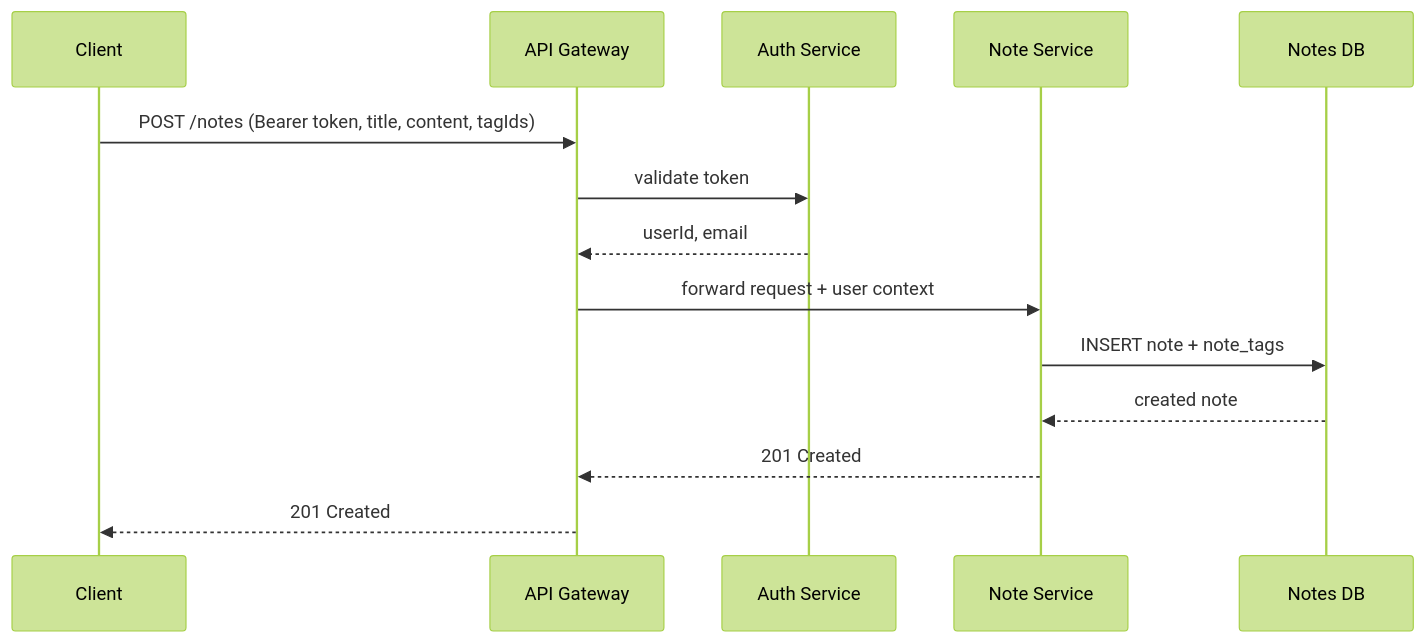
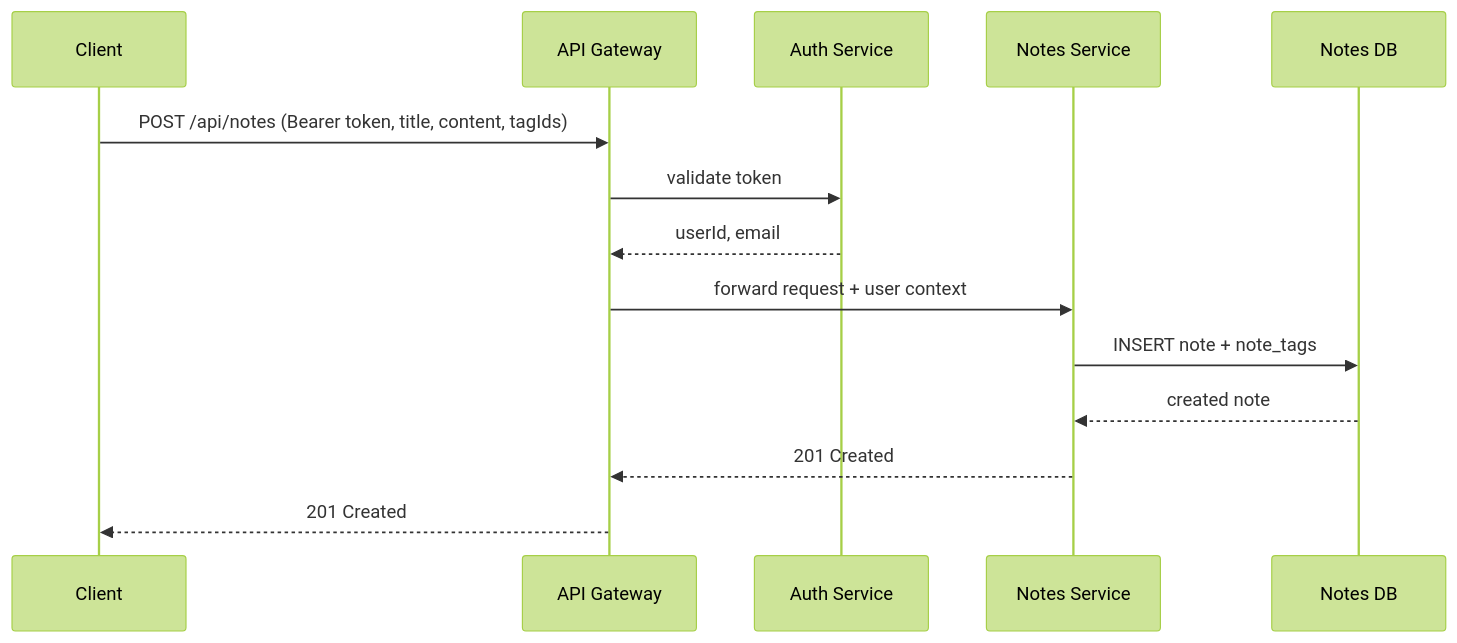
The seventh of 7 diagrams in README.md (jackytech111/NoteFlow), drawn with Mermaid (forest theme) before and after one commit. The commit also changed other lines of this file, not shown here.

Commit message:
docs: fix service directory names, update testing/CI docs, sync roadmap

````diff
--- a/README.md
+++ b/README.md
@@ -180,17 +183,17 @@
 ```mermaid
 sequenceDiagram
     participant C as Client
     participant G as API Gateway
     participant A as Auth Service
-    participant N as Note Service
+    participant N as Notes Service
     participant DB as Notes DB
 
-    C->>G: POST /notes (Bearer token, title, content, tagIds)
+    C->>G: POST /api/notes (Bearer token, title, content, tagIds)
     G->>A: validate token
     A-->>G: userId, email
     G->>N: forward request + user context
     N->>DB: INSERT note + note_tags
     DB-->>N: created note
     N-->>G: 201 Created
     G-->>C: 201 Created
 ```
````
